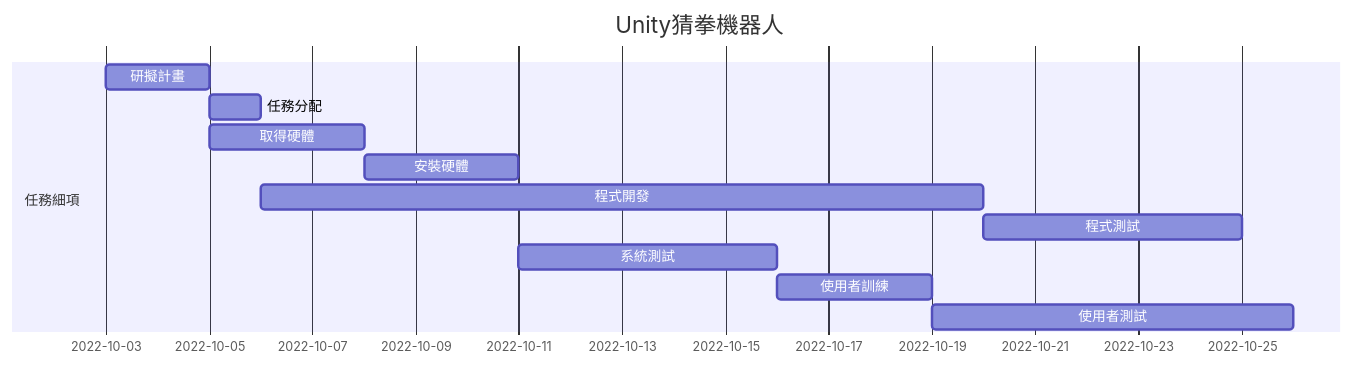
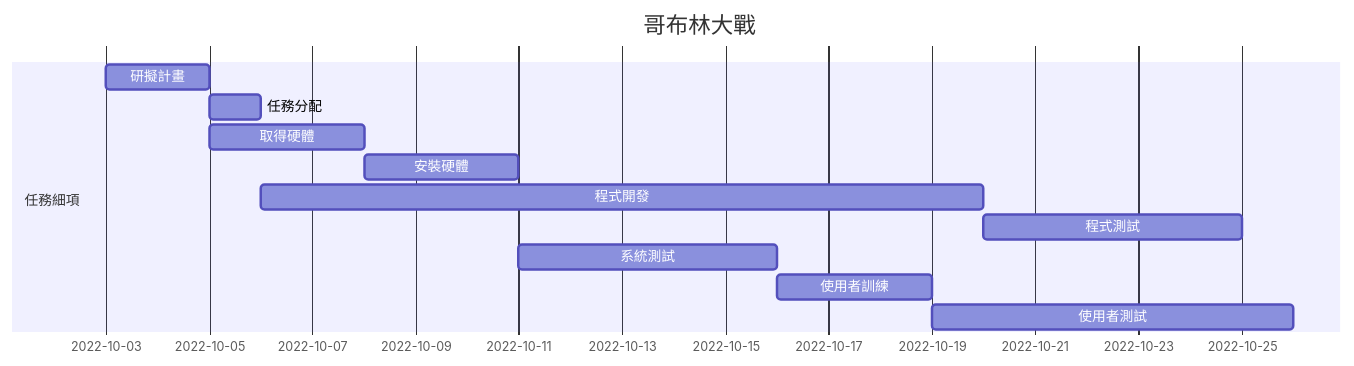
The diagram in README.md (rong142/YCMR), drawn with Mermaid before and after one commit.

````diff
--- a/README.md
+++ b/README.md
@@ -15,16 +15,16 @@
 ```mermaid
 gantt
-    title Unity猜拳機器人
+    title 哥布林大戰
     
     section 任務細項
     研擬計畫           :a1, 2022-10-03, 2d
     任務分配           :a2,after a1  , 1d
     取得硬體           :a3,after a1  , 3d
     安裝硬體           :a4,after a3  , 3d
     程式開發           :a5,after a2  , 14d
     程式測試           :a6,after a5  , 5d
     系統測試           :a7,after a4  , 5d
     使用者訓練         :a8,after a7  , 3d
     使用者測試         :after a8  , 7d
 
 ```
````
